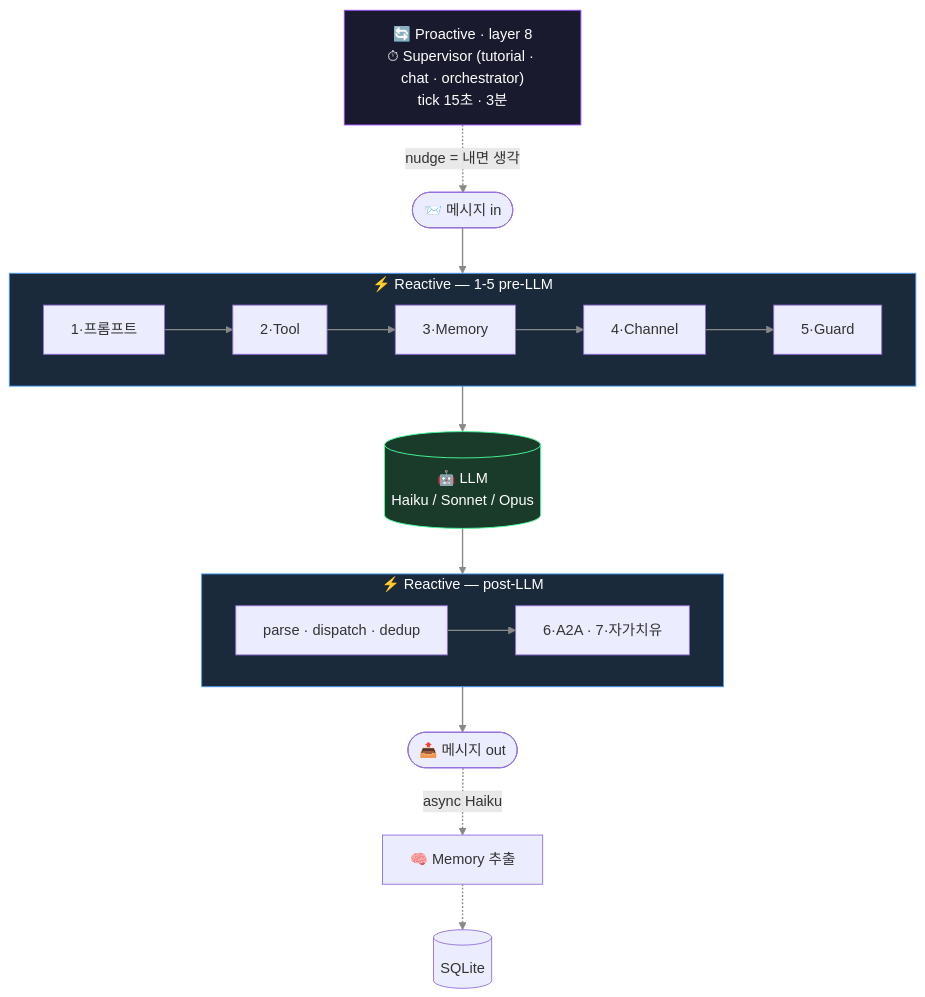
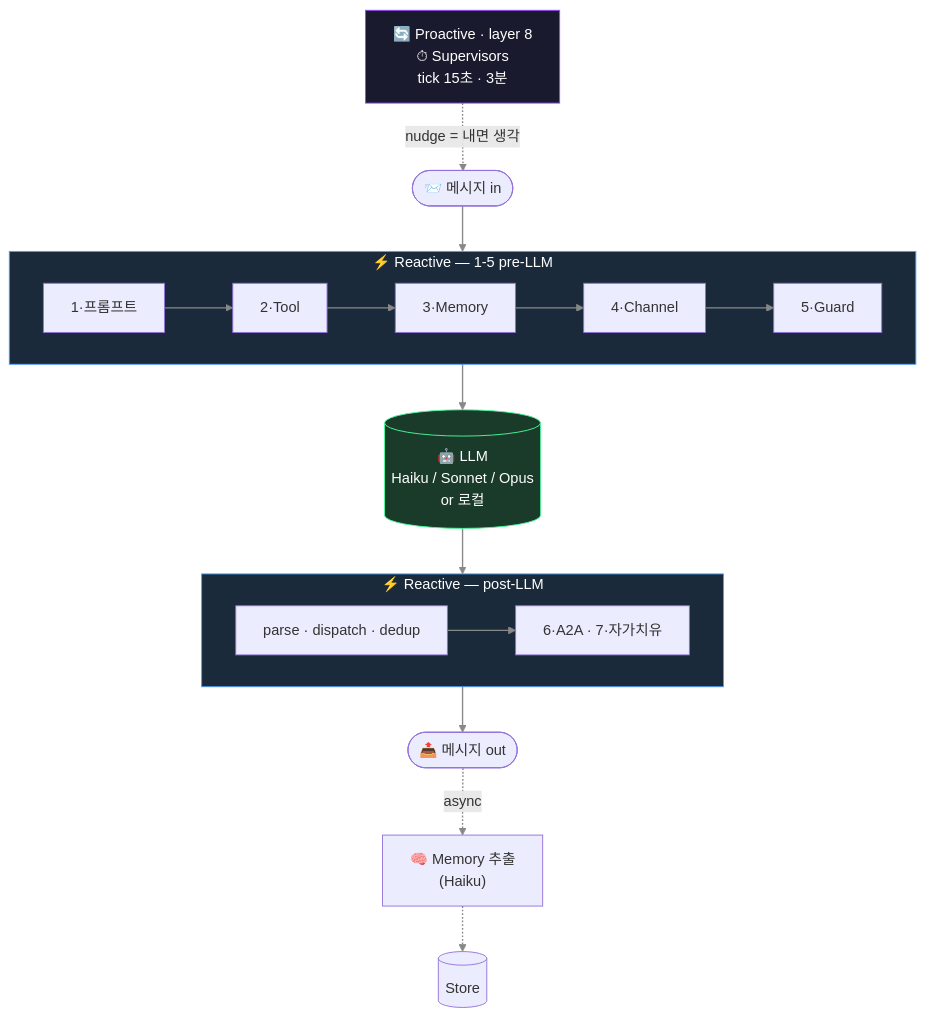
One commit to je-empty/Glimi changed the first of 3 diagrams in README.ko.md. Above: the diagram before and after it, drawn with Mermaid. The commit also changed other lines of this file and 2 other files, not shown here.

````diff
--- a/README.ko.md
+++ b/README.ko.md
@@ -159,24 +72,24 @@
 ```mermaid
 flowchart TB
     linkStyle default stroke:#888,stroke-width:1.5px
     In([📨 메시지 in]) --> Stack
     subgraph Stack["⚡ Reactive — 1-5 pre-LLM"]
         direction LR
         R1["1·프롬프트"] --> R2["2·Tool"] --> R3["3·Memory"] --> R4["4·Channel"] --> R5["5·Guard"]
     end
-    Stack --> LLM[("🤖 LLM<br/>Haiku / Sonnet / Opus")]
+    Stack --> LLM[("🤖 LLM<br/>Haiku / Sonnet / Opus<br/>or 로컬")]
     LLM --> Post
     subgraph Post["⚡ Reactive — post-LLM"]
         direction LR
         P1["parse · dispatch · dedup"] --> P2["6·A2A · 7·자가치유"]
     end
     Post --> Out([📤 메시지 out])
-    Out -. "async Haiku" .-> Ex["🧠 Memory 추출"] -.-> DB[("SQLite")]
+    Out -. "async" .-> Ex["🧠 Memory 추출<br/>(Haiku)"] -.-> DB[("Store")]
 
-    Sup["🔄 Proactive · layer 8<br/>⏱ Supervisor (tutorial · chat · orchestrator)<br/>tick 15초 · 3분"] -. "nudge = 내면 생각" .-> In
+    Sup["🔄 Proactive · layer 8<br/>⏱ Supervisors<br/>tick 15초 · 3분"] -. "nudge = 내면 생각" .-> In
 
     style Stack fill:#1a2a3a,stroke:#4a9eff,color:#fff
     style Post fill:#1a2a3a,stroke:#4a9eff,color:#fff
     style Sup fill:#1a1a2e,stroke:#9a4aff,color:#fff
     style LLM fill:#1a3a2a,stroke:#4aff9e,color:#fff
 ```
````
